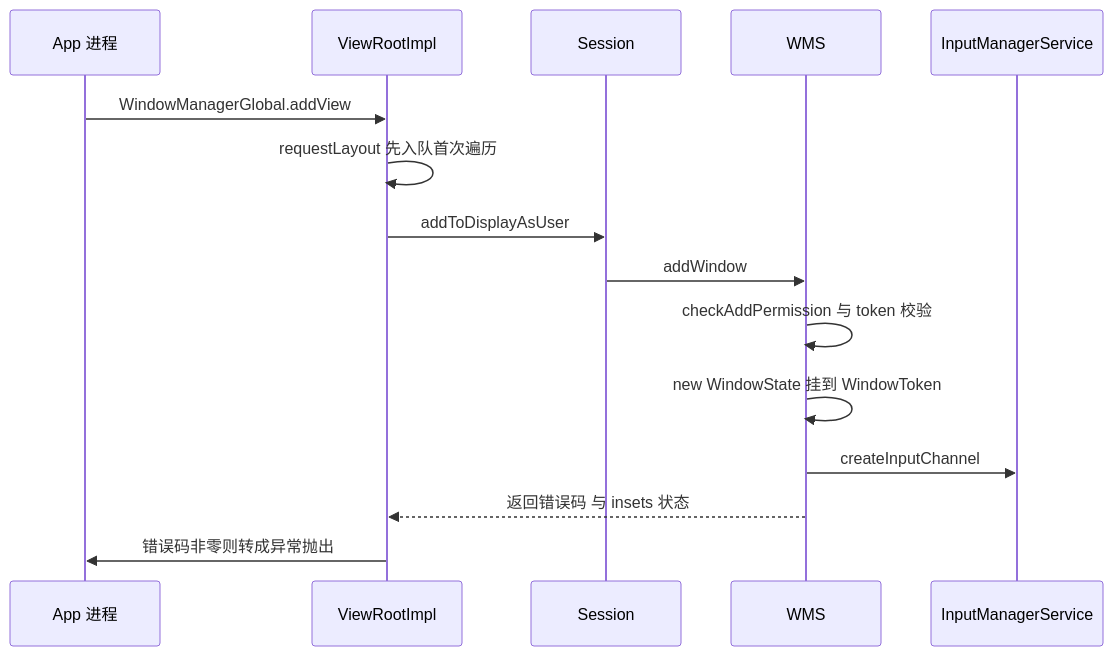
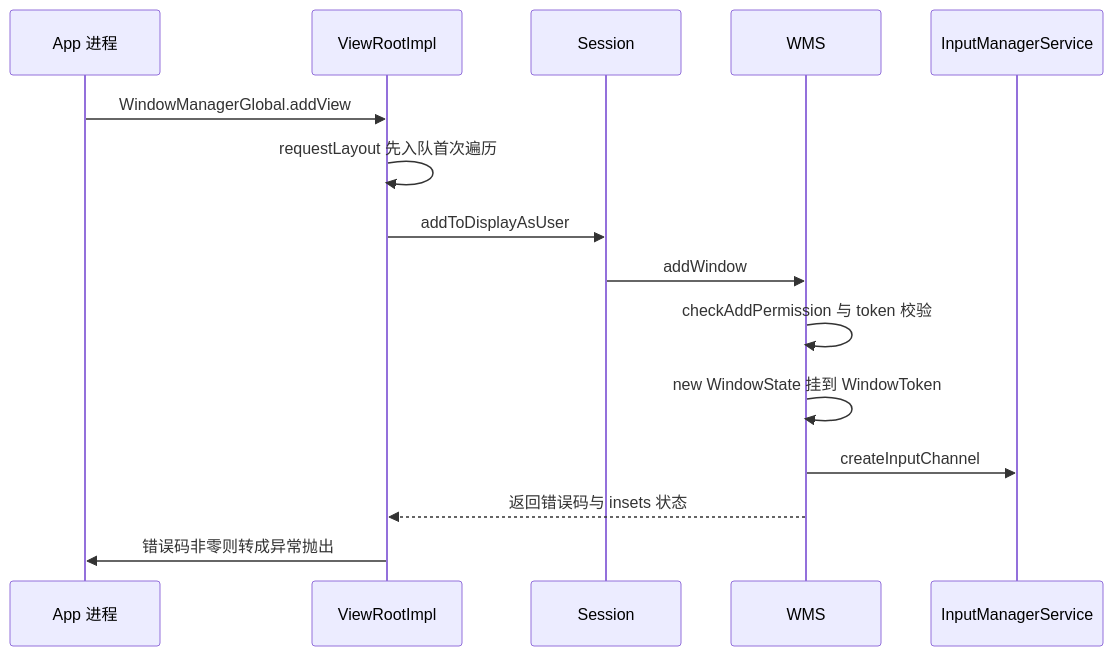
The fourth of 6 diagrams in Android/深入理解Android卷II/10-深入理解WindowManagerService.md (coswit/coswit.github.io), drawn with Mermaid before and after one commit. The commit also changed other lines of this file and 13 other files, not shown here.

````diff
--- a/Android/深入理解Android卷II/10-深入理解WindowManagerService.md
+++ b/Android/深入理解Android卷II/10-深入理解WindowManagerService.md
@@ -230,17 +231,17 @@
 ```mermaid
 sequenceDiagram
     participant App as App 进程
     participant VRI as ViewRootImpl
     participant Ses as Session
     participant WMS as WMS
     participant IMS as InputManagerService
     App->>VRI: WindowManagerGlobal.addView
     VRI->>VRI: requestLayout 先入队首次遍历
     VRI->>Ses: addToDisplayAsUser
     Ses->>WMS: addWindow
     WMS->>WMS: checkAddPermission 与 token 校验
     WMS->>WMS: new WindowState 挂到 WindowToken
     WMS->>IMS: createInputChannel
-    WMS-->>VRI: 返回错误码 与 insets 状态
+    WMS-->>VRI: 返回错误码与 insets 状态
     VRI->>App: 错误码非零则转成异常抛出
 ```
````
